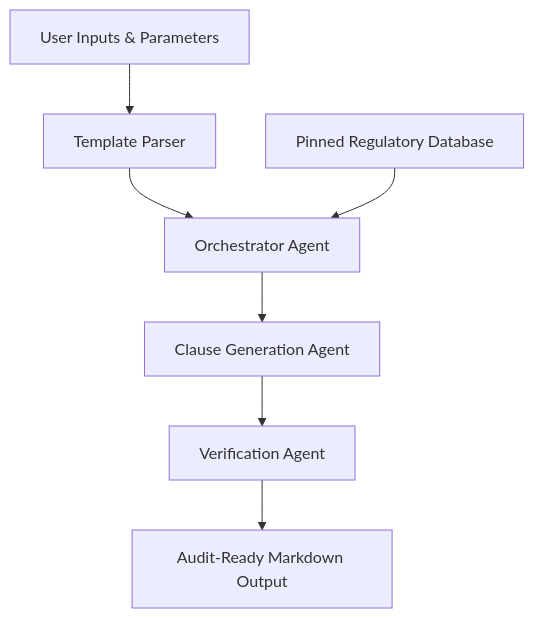
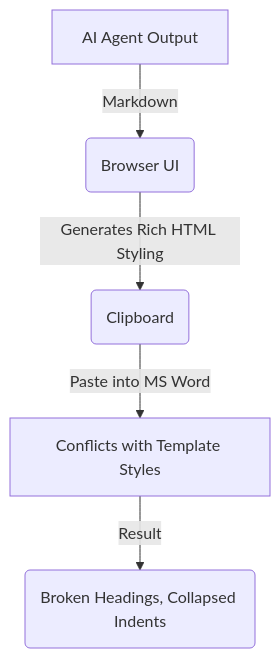
One commit to gxpsoft-ai/gxpsoft-ai-site changed the diagram in src/content/blog/writing-gxp-compliant-sops-with-ai-agents.md. Above: the diagram before and after it, drawn with Mermaid. The commit also changed other lines of this file and 1 other file, not shown here.

Commit message:
feat: update SOP Writer page title and description to emphasize clipboard preservation and formatting integrity

````diff
--- a/src/content/blog/writing-gxp-compliant-sops-with-ai-agents.md
+++ b/src/content/blog/writing-gxp-compliant-sops-with-ai-agents.md
@@ -52,9 +39,7 @@
 ```mermaid
 graph TD
-    A[User Inputs & Parameters] --> B[Template Parser]
-    B --> C[Orchestrator Agent]
-    D[Pinned Regulatory Database] --> C
-    C --> E[Clause Generation Agent]
-    E --> F[Verification Agent]
-    F --> G[Audit-Ready Markdown Output]
+    A[AI Agent Output] -->|Markdown| B(Browser UI)
+    B -->|Generates Rich HTML Styling| C(Clipboard)
+    C -->|Paste into MS Word| D[Conflicts with Template Styles]
+    D -->|Result| E(Broken Headings, Collapsed Indents)
 ```
````
